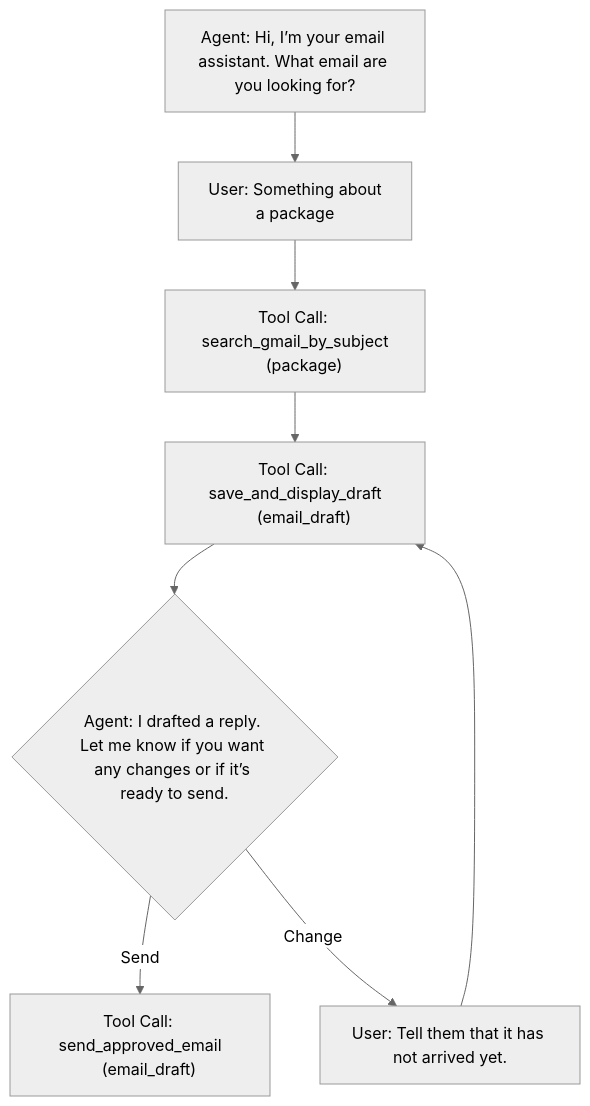
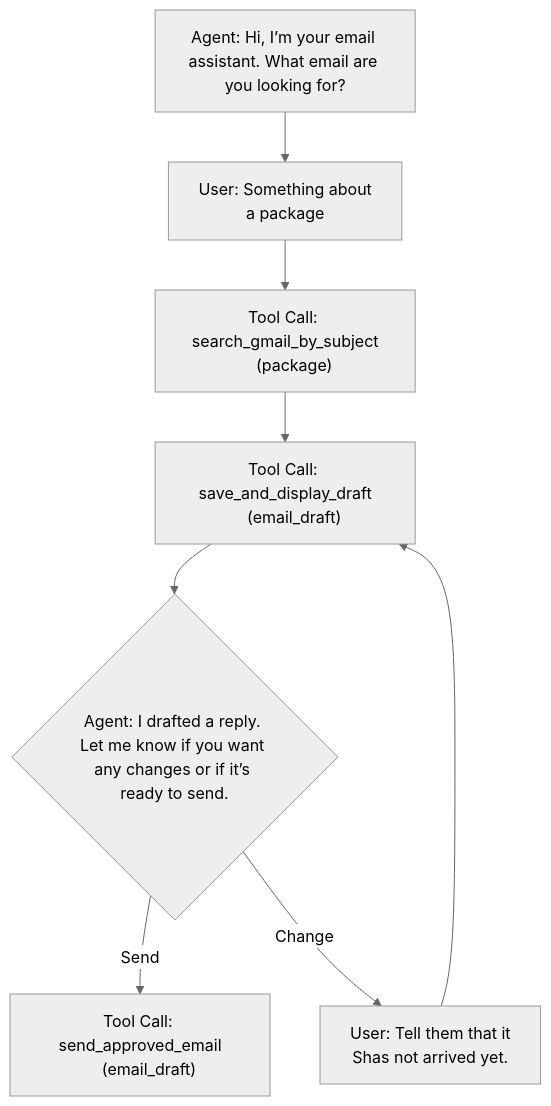
One commit to BoratBorat10/Email_Response_Agent changed the diagram in README.md. Above: the diagram before and after it, drawn with Mermaid (neutral theme).

Commit message:
Fix in flowchart in README.md

````diff
--- a/README.md
+++ b/README.md
@@ -191,17 +191,18 @@
 ```mermaid
 flowchart TD;
     A["Agent: Hi, I’m your email assistant. What email are you looking for?"] --> B["User: Something about
      a package"]
     B --> C["Tool Call: search_gmail_by_subject
     (package)"]
     C --> D["Tool Call: save_and_display_draft
     (email_draft)"]
 
     D --> E{"Agent: I drafted a reply. Let me know if you want any changes or if it’s ready to send."}
 
     E -->|Send| F["Tool Call: send_approved_email
     (email_draft)"]
-    E -->|Change| G["User: Tell them that it has not arrived yet."]
+    E -->|Change| G["User: Tell them that it 
+    Shas not arrived yet."]
 
     G --> D
 ```
````
